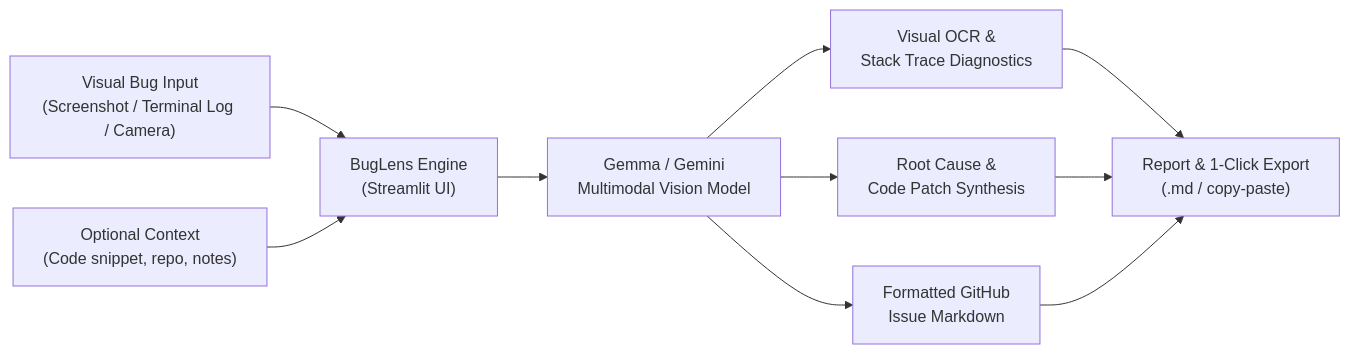
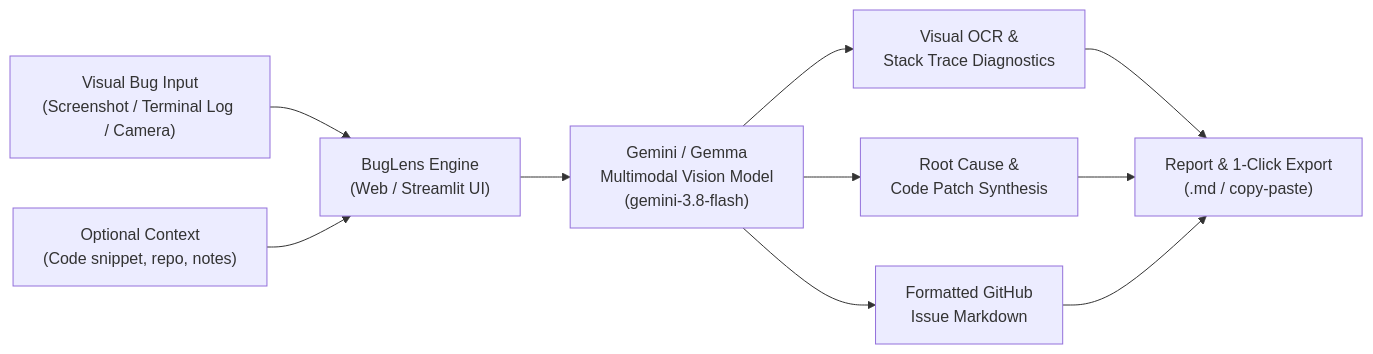
The diagram in README.md (swatiicfai/buglens), drawn with Mermaid before and after one commit. The commit also changed other lines of this file, not shown here.

````diff
--- a/README.md
+++ b/README.md
@@ -37,12 +62,12 @@
 ```mermaid
 flowchart LR
-    A["Visual Bug Input\n(Screenshot / Terminal Log / Camera)"] --> B["BugLens Engine\n(Streamlit UI)"]
+    A["Visual Bug Input\n(Screenshot / Terminal Log / Camera)"] --> B["BugLens Engine\n(Web / Streamlit UI)"]
     C["Optional Context\n(Code snippet, repo, notes)"] --> B
-    B --> D["Gemma / Gemini\nMultimodal Vision Model"]
+    B --> D["Gemini / Gemma\nMultimodal Vision Model\n(gemini-3.8-flash)"]
     D --> E["Visual OCR &\nStack Trace Diagnostics"]
     D --> F["Root Cause &\nCode Patch Synthesis"]
     D --> G["Formatted GitHub\nIssue Markdown"]
     E --> H["Report & 1-Click Export\n(.md / copy-paste)"]
     F --> H
     G --> H
 ```
````
